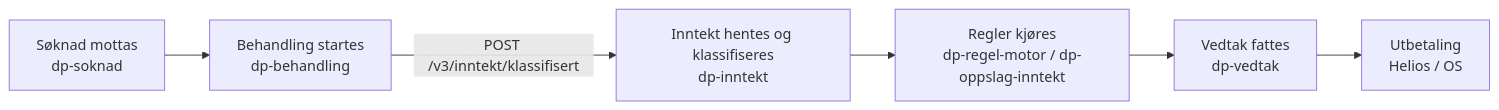
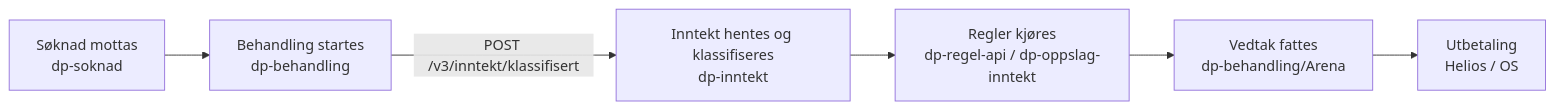
The first of 3 diagrams in docs/arkitektur.md (navikt/dp-inntekt), drawn with Mermaid before and after one commit. The commit also changed other lines of this file and 2 other files, not shown here.

````diff
--- a/docs/arkitektur.md
+++ b/docs/arkitektur.md
@@ -18,8 +18,8 @@
 ```mermaid
 flowchart LR
     S[Søknad mottas\ndp-soknad] --> B[Behandling startes\ndp-behandling]
     B -->|POST /v3/inntekt/klassifisert| I[Inntekt hentes og klassifiseres\ndp-inntekt]
-    I --> R[Regler kjøres\ndp-regel-motor / dp-oppslag-inntekt]
-    R --> V[Vedtak fattes\ndp-vedtak]
+    I --> R[Regler kjøres\ndp-regel-api / dp-oppslag-inntekt]
+    R --> V[Vedtak fattes\ndp-behandling/Arena]
     V --> U[Utbetaling\nHelios / OS]
 ```
````
